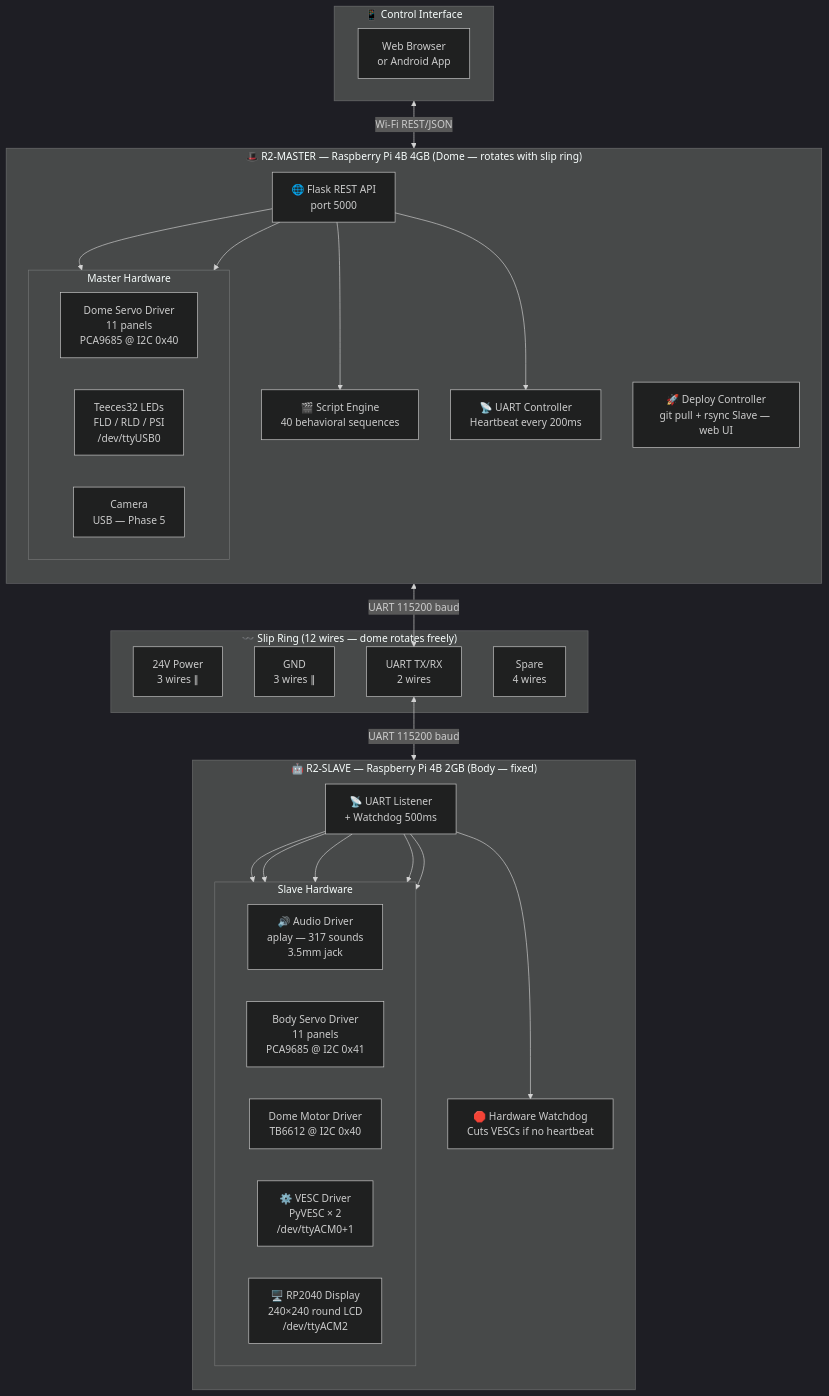
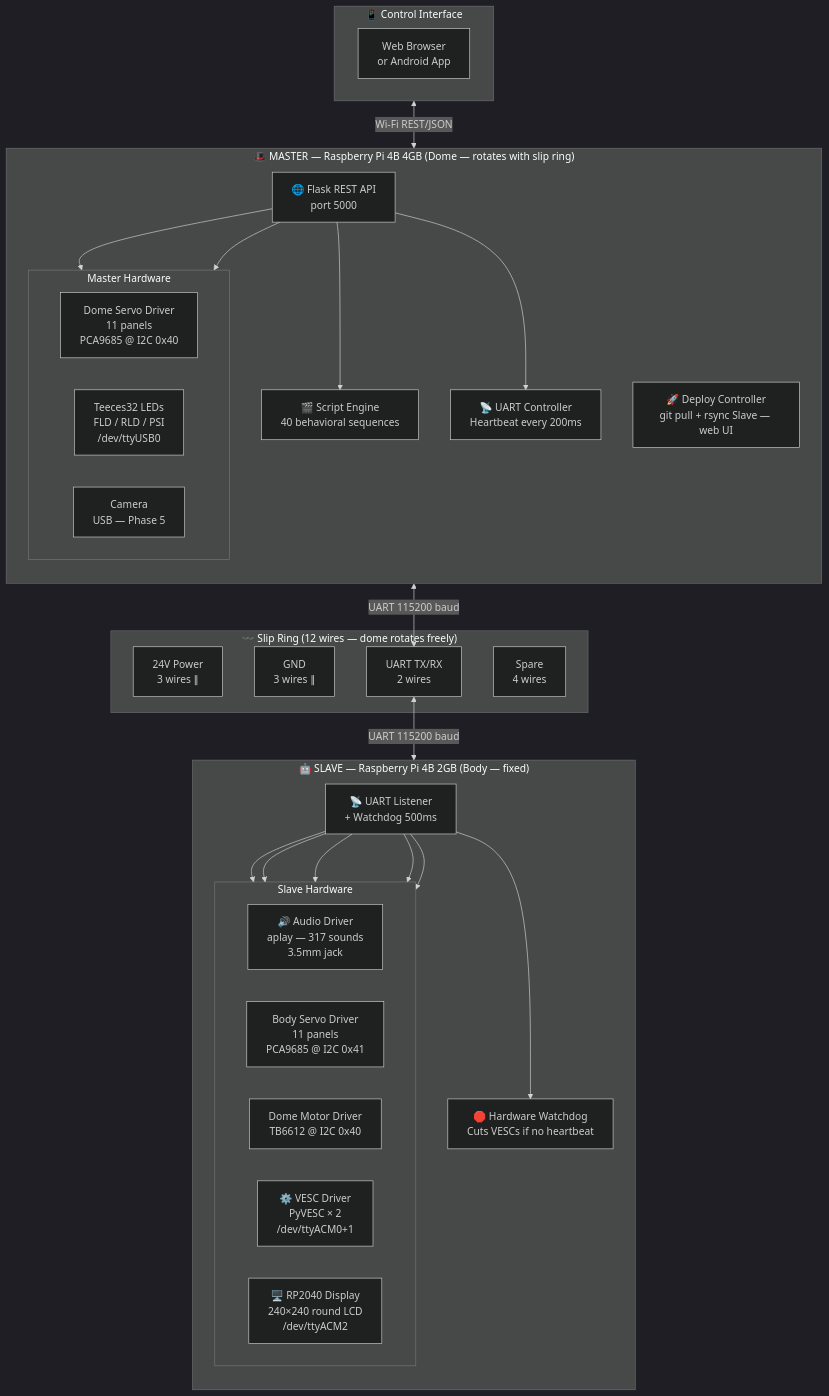
One commit to RickDnamps/AstromechOS changed the first of 4 diagrams in ELECTRONICS.md. Above: the diagram before and after it, drawn with Mermaid (dark theme). The commit also changed other lines of this file and 2 other files, not shown here.

Commit message:
Docs: generic MASTER/SLAVE labels + accuracy (ELECTRONICS/TECHNICAL/API)
ELECTRONICS mermaid subgraphs R2-MASTER/R2-SLAVE -> MASTER/SLAVE; AppWatchdog 600ms -> 1.5s. TECHNICAL: '8 Flask blueprints (60+ endpoints)' -> '14 Flask blueprints (85+ endpoints)' (actual count). API.md /heartbeat timeout 600ms -> 1.5s. No R2-* hostname remains in any live doc.

````diff
--- a/ELECTRONICS.md
+++ b/ELECTRONICS.md
@@ -96,60 +96,60 @@
 ```mermaid
 flowchart TB
     subgraph CTRL["📱 Control Interface"]
         direction LR
         BROWSER["Web Browser\nor Android App"]
     end
 
-    subgraph MASTER["🎩 R2-MASTER — Raspberry Pi 4B 4GB  (Dome — rotates with slip ring)"]
+    subgraph MASTER["🎩 MASTER — Raspberry Pi 4B 4GB  (Dome — rotates with slip ring)"]
         direction TB
         FLASK["🌐 Flask REST API\nport 5000"]
         ENGINE["🎬 Script Engine\n40 behavioral sequences"]
         UART_M["📡 UART Controller\nHeartbeat every 200ms"]
         DEPLOY["🚀 Deploy Controller\ngit pull + rsync Slave — web UI"]
 
         subgraph MASTER_HW["Master Hardware"]
             direction LR
             DOME_SRV["Dome Servo Driver\n11 panels\nPCA9685 @ I2C 0x40"]
             TEECES["Teeces32 LEDs\nFLD / RLD / PSI\n/dev/ttyUSB0"]
             CAM["Camera\nUSB — Phase 5"]
         end
 
         FLASK --> ENGINE
         FLASK --> UART_M
         FLASK --> DOME_SRV
         FLASK --> TEECES
     end
 
     subgraph SLIPRING["〰️  Slip Ring  (12 wires — dome rotates freely)"]
         SR_24V["24V Power\n3 wires ∥"]
         SR_GND["GND\n3 wires ∥"]
         SR_UART["UART TX/RX\n2 wires"]
         SR_SPARE["Spare\n4 wires"]
     end
 
-    subgraph SLAVE["🤖 R2-SLAVE — Raspberry Pi 4B 2GB  (Body — fixed)"]
+    subgraph SLAVE["🤖 SLAVE — Raspberry Pi 4B 2GB  (Body — fixed)"]
         direction TB
         UART_S["📡 UART Listener\n+ Watchdog 500ms"]
         WDG["🛑 Hardware Watchdog\nCuts VESCs if no heartbeat"]
 
         subgraph SLAVE_HW["Slave Hardware"]
             direction LR
             AUDIO["🔊 Audio Driver\naplay — 317 sounds\n3.5mm jack"]
             BODY_SRV["Body Servo Driver\n11 panels\nPCA9685 @ I2C 0x41"]
             DOME_MOT["Dome Motor Driver\nTB6612 @ I2C 0x40"]
             VESC["⚙️ VESC Driver\nPyVESC × 2\n/dev/ttyACM0+1"]
             RP2040["🖥️ RP2040 Display\n240×240 round LCD\n/dev/ttyACM2"]
         end
 
         UART_S --> WDG
         UART_S --> AUDIO
         UART_S --> BODY_SRV
         UART_S --> DOME_MOT
         UART_S --> VESC
         UART_S --> RP2040
     end
 
     BROWSER <-->|"Wi-Fi  REST/JSON"| FLASK
     UART_M <-->|"UART 115200 baud"| SR_UART
     SR_UART <-->|"UART 115200 baud"| UART_S
 ```
````
